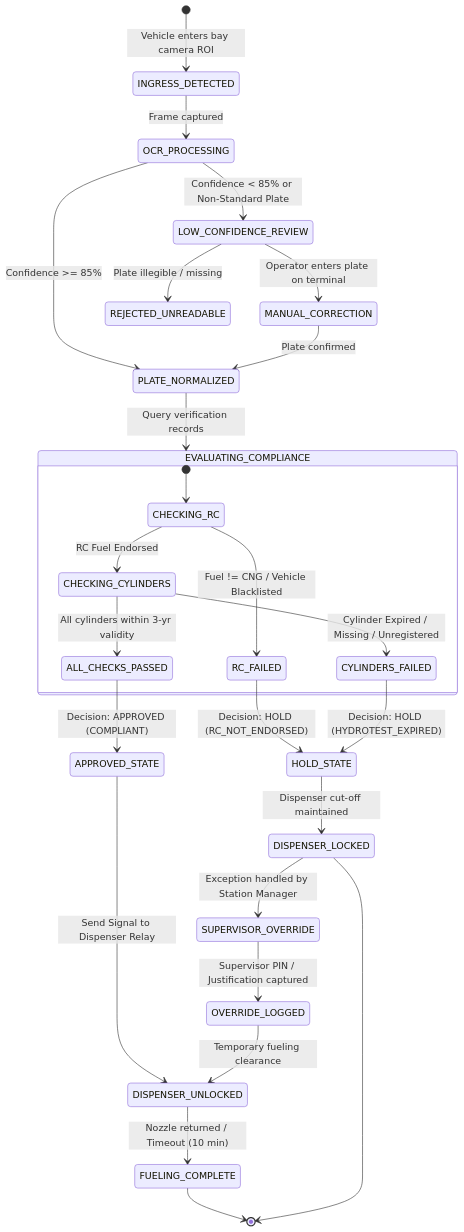
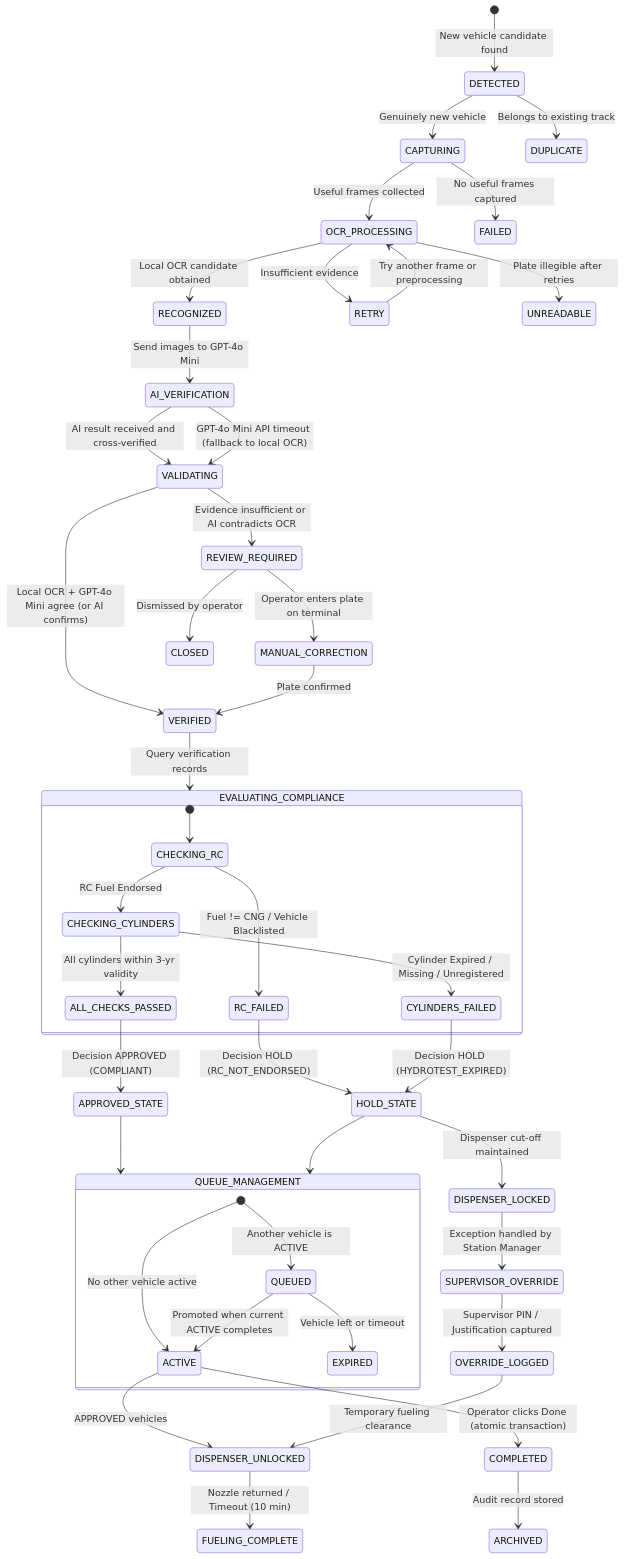
One commit to Mrinmoypatratint/SmartFuel changed the second of 2 diagrams in Source/AppFlow.md. Above: the diagram before and after it, drawn with Mermaid. The commit also changed other lines of this file and 5 other files, not shown here.

Commit message:
docs: update specification documents to V4.0 with CNG Connect queue logic and GPT-4o Mini double verification

````diff
--- a/Source/AppFlow.md
+++ b/Source/AppFlow.md
@@ -62,41 +212,65 @@
 ```mermaid
 stateDiagram-v2
-    [*] --> INGRESS_DETECTED: Vehicle enters bay camera ROI
-    
-    INGRESS_DETECTED --> OCR_PROCESSING: Frame captured
-    
-    OCR_PROCESSING --> LOW_CONFIDENCE_REVIEW: Confidence < 85% or Non-Standard Plate
-    OCR_PROCESSING --> PLATE_NORMALIZED: Confidence >= 85%
-    
-    LOW_CONFIDENCE_REVIEW --> MANUAL_CORRECTION: Operator enters plate on terminal
-    LOW_CONFIDENCE_REVIEW --> REJECTED_UNREADABLE: Plate illegible / missing
-    
-    MANUAL_CORRECTION --> PLATE_NORMALIZED: Plate confirmed
-    
-    PLATE_NORMALIZED --> EVALUATING_COMPLIANCE: Query verification records
-    
+    [*] --> DETECTED: New vehicle candidate found
+
+    DETECTED --> CAPTURING: Genuinely new vehicle
+    DETECTED --> DUPLICATE: Belongs to existing track
+
+    CAPTURING --> OCR_PROCESSING: Useful frames collected
+    CAPTURING --> FAILED: No useful frames captured
+
+    OCR_PROCESSING --> RECOGNIZED: Local OCR candidate obtained
+    OCR_PROCESSING --> RETRY: Insufficient evidence
+    OCR_PROCESSING --> UNREADABLE: Plate illegible after retries
+
+    RETRY --> OCR_PROCESSING: Try another frame or preprocessing
+
+    RECOGNIZED --> AI_VERIFICATION: Send images to GPT-4o Mini
+    AI_VERIFICATION --> VALIDATING: AI result received and cross-verified
+    AI_VERIFICATION --> VALIDATING: GPT-4o Mini API timeout (fallback to local OCR)
+
+    VALIDATING --> VERIFIED: Local OCR + GPT-4o Mini agree (or AI confirms)
+    VALIDATING --> REVIEW_REQUIRED: Evidence insufficient or AI contradicts OCR
+
+    REVIEW_REQUIRED --> MANUAL_CORRECTION: Operator enters plate on terminal
+    REVIEW_REQUIRED --> CLOSED: Dismissed by operator
+
+    MANUAL_CORRECTION --> VERIFIED: Plate confirmed
+
+    VERIFIED --> EVALUATING_COMPLIANCE: Query verification records
+
     state EVALUATING_COMPLIANCE {
         [*] --> CHECKING_RC
         CHECKING_RC --> RC_FAILED: Fuel != CNG / Vehicle Blacklisted
         CHECKING_RC --> CHECKING_CYLINDERS: RC Fuel Endorsed
         
         CHECKING_CYLINDERS --> CYLINDERS_FAILED: Cylinder Expired / Missing / Unregistered
         CHECKING_CYLINDERS --> ALL_CHECKS_PASSED: All cylinders within 3-yr validity
     }
     
-    RC_FAILED --> HOLD_STATE: Decision: HOLD (RC_NOT_ENDORSED)
-    CYLINDERS_FAILED --> HOLD_STATE: Decision: HOLD (HYDROTEST_EXPIRED)
-    ALL_CHECKS_PASSED --> APPROVED_STATE: Decision: APPROVED (COMPLIANT)
+    RC_FAILED --> HOLD_STATE: Decision HOLD (RC_NOT_ENDORSED)
+    CYLINDERS_FAILED --> HOLD_STATE: Decision HOLD (HYDROTEST_EXPIRED)
+    ALL_CHECKS_PASSED --> APPROVED_STATE: Decision APPROVED (COMPLIANT)
+
+    state QUEUE_MANAGEMENT {
+        [*] --> ACTIVE: No other vehicle active
+        [*] --> QUEUED: Another vehicle is ACTIVE
+        QUEUED --> ACTIVE: Promoted when current ACTIVE completes
+        QUEUED --> EXPIRED: Vehicle left or timeout
+    }
     
-    APPROVED_STATE --> DISPENSER_UNLOCKED: Send Signal to Dispenser Relay
+    APPROVED_STATE --> QUEUE_MANAGEMENT
+    HOLD_STATE --> QUEUE_MANAGEMENT
+
+    ACTIVE --> COMPLETED: Operator clicks Done (atomic transaction)
+    COMPLETED --> ARCHIVED: Audit record stored
+
+    ACTIVE --> DISPENSER_UNLOCKED: APPROVED vehicles
     DISPENSER_UNLOCKED --> FUELING_COMPLETE: Nozzle returned / Timeout (10 min)
-    
+
     HOLD_STATE --> DISPENSER_LOCKED: Dispenser cut-off maintained
     DISPENSER_LOCKED --> SUPERVISOR_OVERRIDE: Exception handled by Station Manager
     
     SUPERVISOR_OVERRIDE --> OVERRIDE_LOGGED: Supervisor PIN / Justification captured
     OVERRIDE_LOGGED --> DISPENSER_UNLOCKED: Temporary fueling clearance
-    
-    FUELING_COMPLETE --> [*]
-    DISPENSER_LOCKED --> [*]
 ```
````
